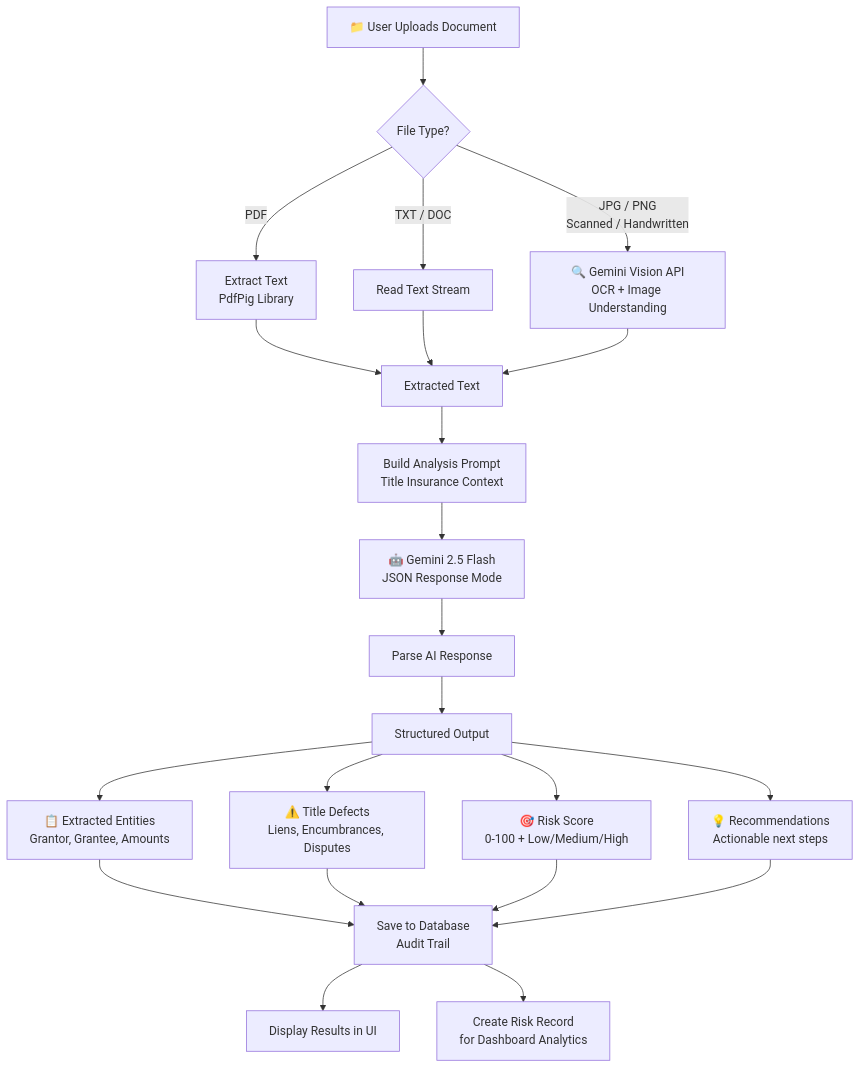
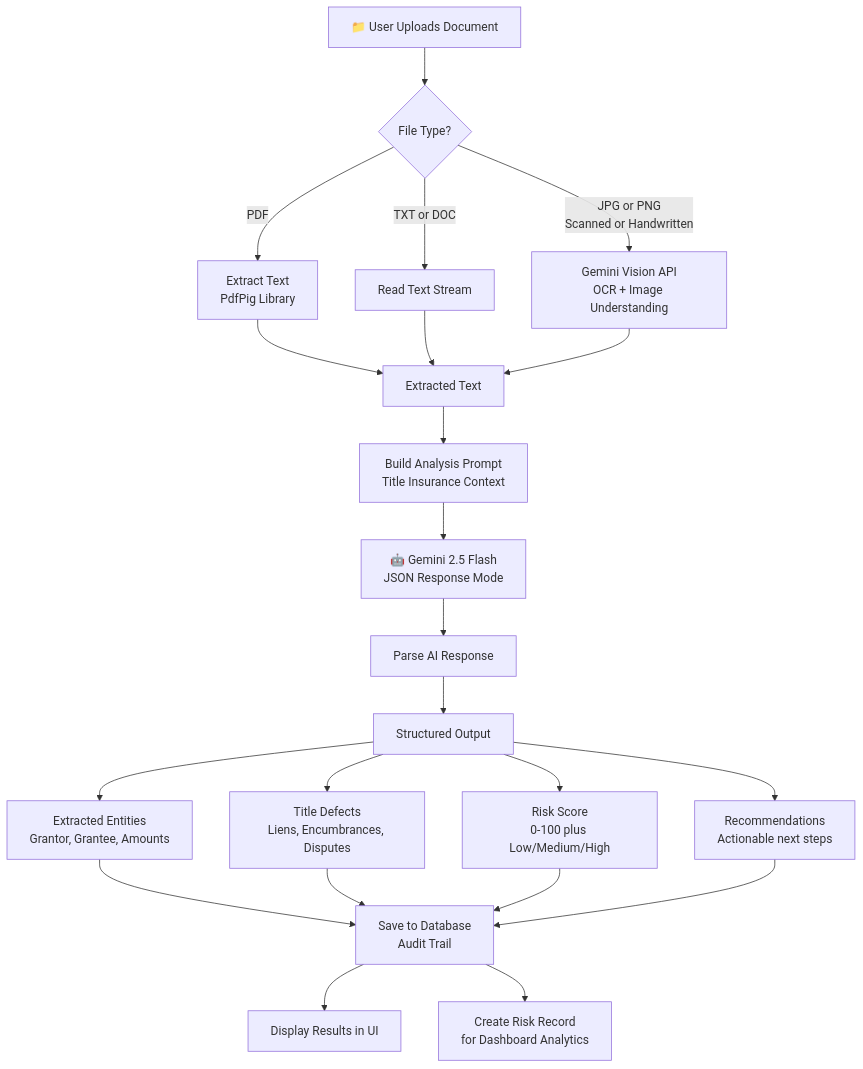
One commit to SahilShaikhStewart/StewartAI changed the third of 10 diagrams in ARCHITECTURE_DESIGN.md. Above: the diagram before and after it, drawn with Mermaid. The commit also changed other lines of this file, not shown here.

Commit message:
Fix Mermaid diagram parse errors

````diff
--- a/ARCHITECTURE_DESIGN.md
+++ b/ARCHITECTURE_DESIGN.md
@@ -103,27 +103,27 @@
 ```mermaid
 flowchart TD
     A[📁 User Uploads Document] --> B{File Type?}
 
     B -->|PDF| C[Extract Text\nPdfPig Library]
-    B -->|TXT / DOC| D[Read Text Stream]
-    B -->|JPG / PNG\nScanned / Handwritten| E[🔍 Gemini Vision API\nOCR + Image Understanding]
+    B -->|TXT or DOC| D[Read Text Stream]
+    B -->|JPG or PNG\nScanned or Handwritten| E[Gemini Vision API\nOCR + Image Understanding]
 
     C --> F[Extracted Text]
     D --> F
     E --> F
 
     F --> G[Build Analysis Prompt\nTitle Insurance Context]
     G --> H[🤖 Gemini 2.5 Flash\nJSON Response Mode]
 
     H --> I[Parse AI Response]
     I --> J[Structured Output]
 
-    J --> K[📋 Extracted Entities\nGrantor, Grantee, Amounts]
-    J --> L[⚠️ Title Defects\nLiens, Encumbrances, Disputes]
-    J --> M[🎯 Risk Score\n0-100 + Low/Medium/High]
-    J --> N[💡 Recommendations\nActionable next steps]
+    J --> K[Extracted Entities\nGrantor, Grantee, Amounts]
+    J --> L[Title Defects\nLiens, Encumbrances, Disputes]
+    J --> M[Risk Score\n0-100 plus Low/Medium/High]
+    J --> N[Recommendations\nActionable next steps]
 
     K & L & M & N --> O[Save to Database\nAudit Trail]
     O --> P[Display Results in UI]
     O --> Q[Create Risk Record\nfor Dashboard Analytics]
 ```
````
